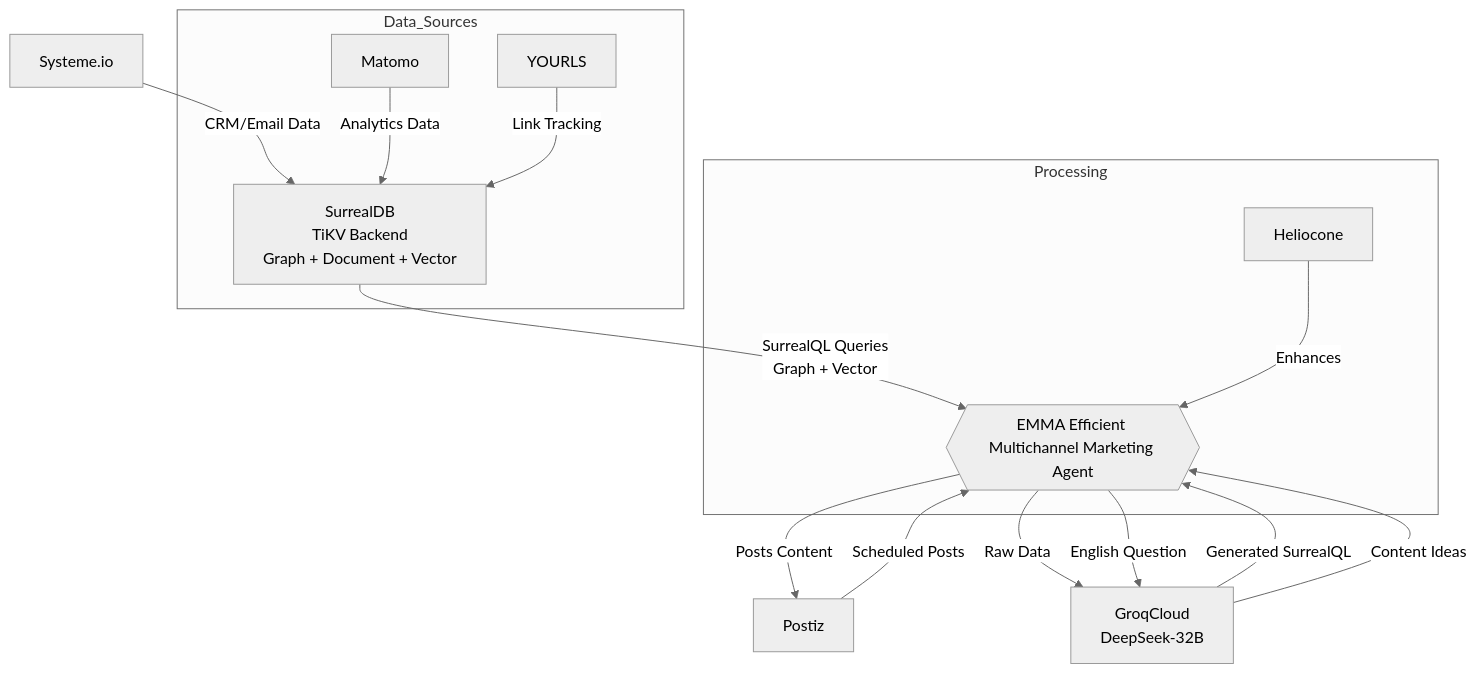
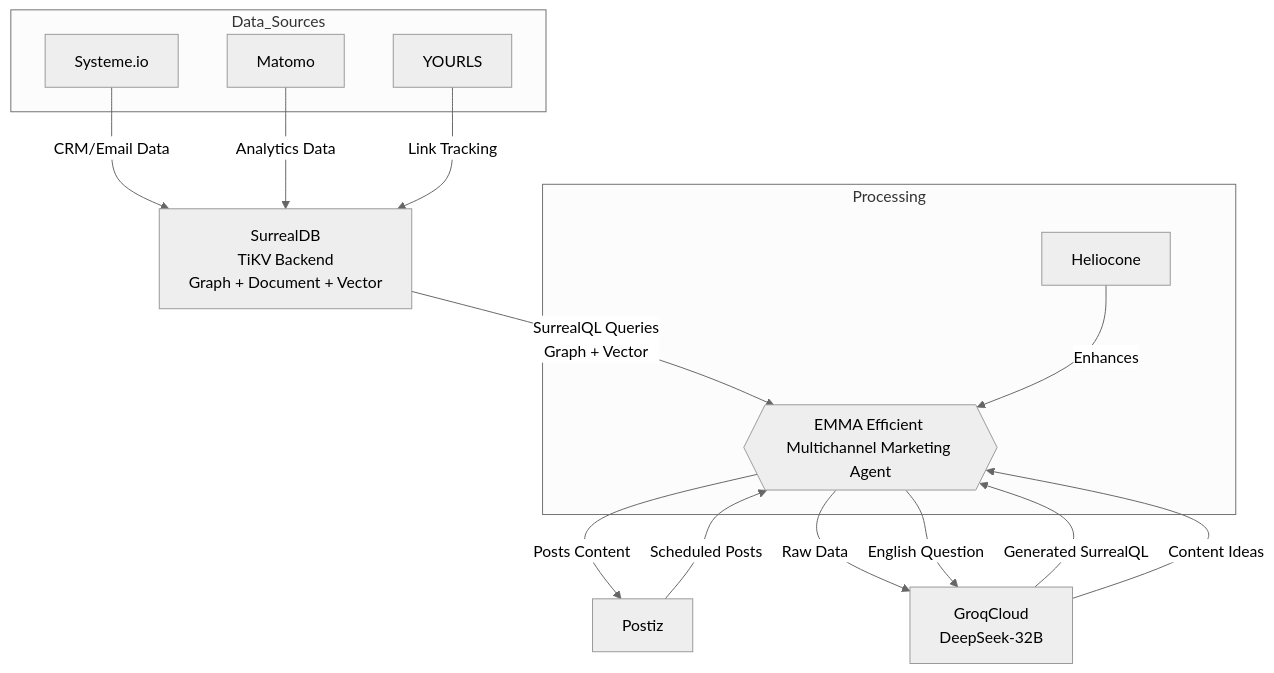
The third of 4 diagrams in projects/bnb/v6-b.md (deepbrainspace/deepbrain-stack), drawn with Mermaid (neutral theme) before and after one commit. The commit also changed other lines of this file, not shown here.

````diff
--- a/projects/bnb/v6-b.md
+++ b/projects/bnb/v6-b.md
@@ -85,26 +85,26 @@
 ```mermaid
 graph TD
     G[Systeme.io] -->|CRM/Email Data| B[SurrealDB<br>TiKV Backend<br>Graph + Document + Vector]
     A[Matomo] -->|Analytics Data| B
     C[YOURLS] -->|Link Tracking| B
     D -->|Scheduled Posts| E{{EMMA Efficient Multichannel Marketing Agent}}
     B -->|SurrealQL Queries<br>Graph + Vector| E
     E -->|Posts Content| D[Postiz]
     L[Heliocone] -->|Enhances| E
     subgraph Data_Sources
         A
-        B
         C
+        G
     end
 
     subgraph Processing
         E
         L
     end
 
     F -->|Generated SurrealQL| E
     E -->|Raw Data| F
     F -->|Content Ideas| E
         
     E -->|English Question| F[GroqCloud<br>DeepSeek-32B]
 ```
````
